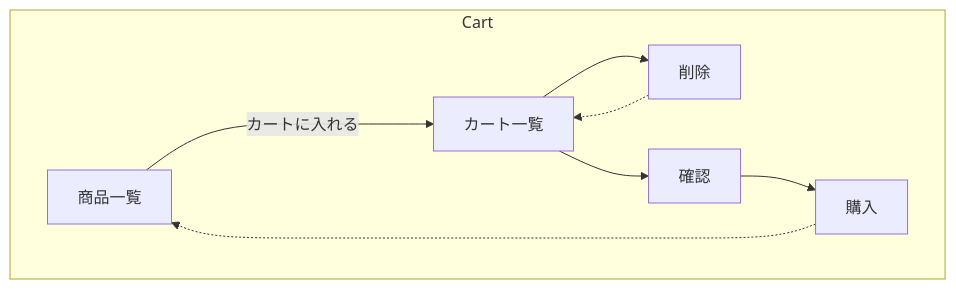
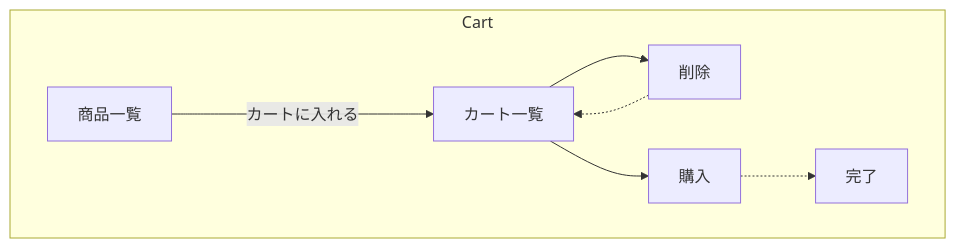
One commit to yse-yoo/my_shop_2024_gs21 changed the diagram in docs/cart_flow.md. Above: the diagram before and after it, drawn with Mermaid. The commit also changed 2 other files, not shown here.

````diff
--- a/docs/cart_flow.md
+++ b/docs/cart_flow.md
@@ -1,18 +1,17 @@
 ```mermaid
 flowchart TD
 
 subgraph Cart
 index[商品一覧]
 cart[カート一覧]
 delete[削除]
-confirm[確認]
 purchase[購入]
+complete[完了]
 
 index--->|カートに入れる|cart
 -->delete-.->cart
--->confirm
 -->purchase
--.->index
+-.->complete
 
 end
 ```
````
